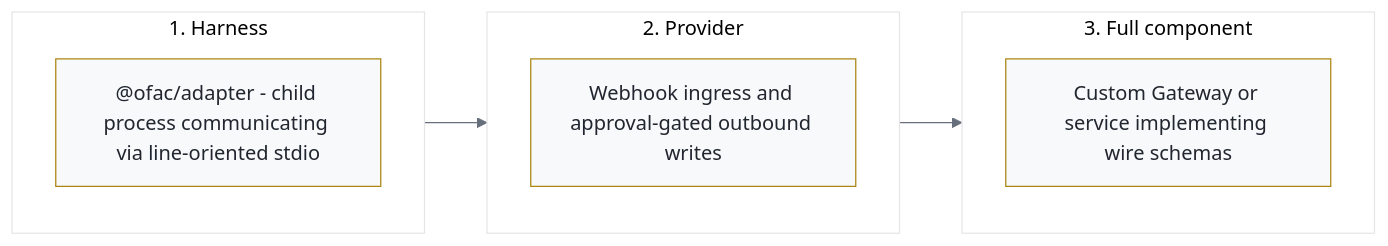
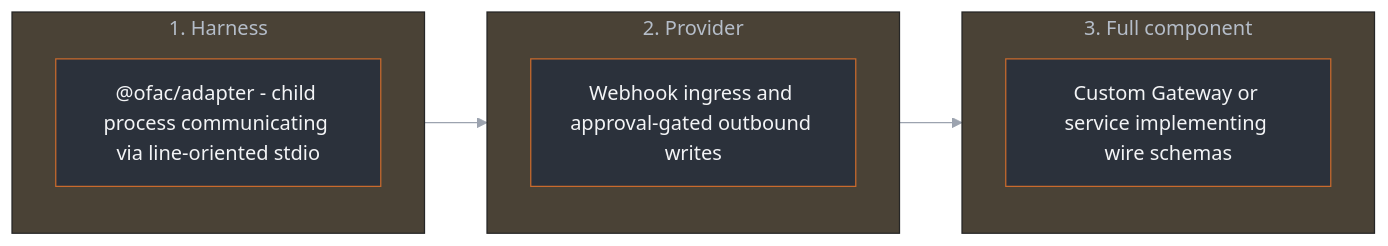
The diagram in site/src/pages/extend.md (denisekart/open-facilitator), drawn with Mermaid before and after one commit. The commit also changed 43 other files, not shown here.

````diff
--- a/site/src/pages/extend.md
+++ b/site/src/pages/extend.md
@@ -9,14 +9,14 @@
 ```mermaid title="The three seams, from cheapest to deepest"
-%%{init: {"theme": "base", "themeVariables": {"primaryColor": "#f7f9fb", "primaryBorderColor": "#ab8612", "primaryTextColor": "#21262e", "lineColor": "#676f7c", "secondaryColor": "#faf2d6"}}}%%
+%%{init: {"theme": "base", "themeVariables": {"primaryColor": "#2b313b", "primaryBorderColor": "#c96a2d", "primaryTextColor": "#f3f4f6", "lineColor": "#9ca3af", "secondaryColor": "#3d332d"}}}%%
 flowchart LR
   subgraph S1["1. Harness"]
     AD["@ofac/adapter - child process communicating via line-oriented stdio"]
   end
   subgraph S2["2. Provider"]
     PR["Webhook ingress and approval-gated outbound writes"]
   end
   subgraph S3["3. Full component"]
     IM["Custom Gateway or service implementing wire schemas"]
   end
   S1 --> S2 --> S3
 ```
````
